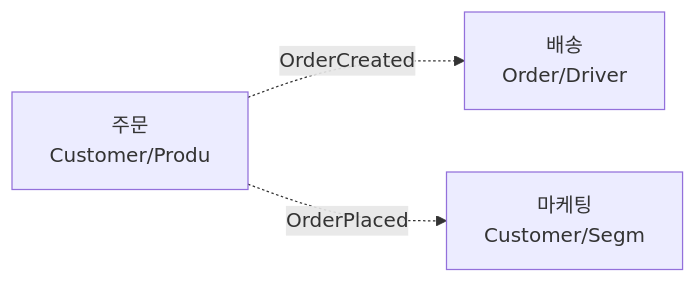
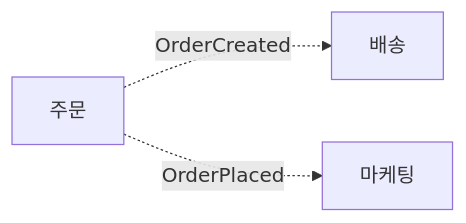
The second of 7 diagrams in _posts/architecture/2026-05-01-ddd.md (yjkim2015/yjkim2015.github.io), drawn with Mermaid before and after one commit. The commit also changed other lines of this file and 217 other files, not shown here.

First line of the commit message:
Mermaid 크기 수정: useMaxWidth:true + SVG max-width:100% + 라벨 축소

````diff
--- a/_posts/architecture/2026-05-01-ddd.md
+++ b/_posts/architecture/2026-05-01-ddd.md
@@ -88,5 +88,5 @@
 ```mermaid
 graph LR
-    ORDER["주문\nCustomer/Produ"] -.->|OrderCreated| SHIPPING["배송\nOrder/Driver"]
-    ORDER -.->|OrderPlaced| MARKETING["마케팅\nCustomer/Segm"]
+    ORDER["주문"] -.->|OrderCreated| SHIPPING["배송"]
+    ORDER -.->|OrderPlaced| MARKETING["마케팅"]
 ```
````
